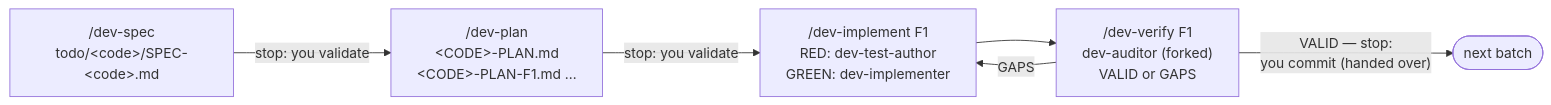
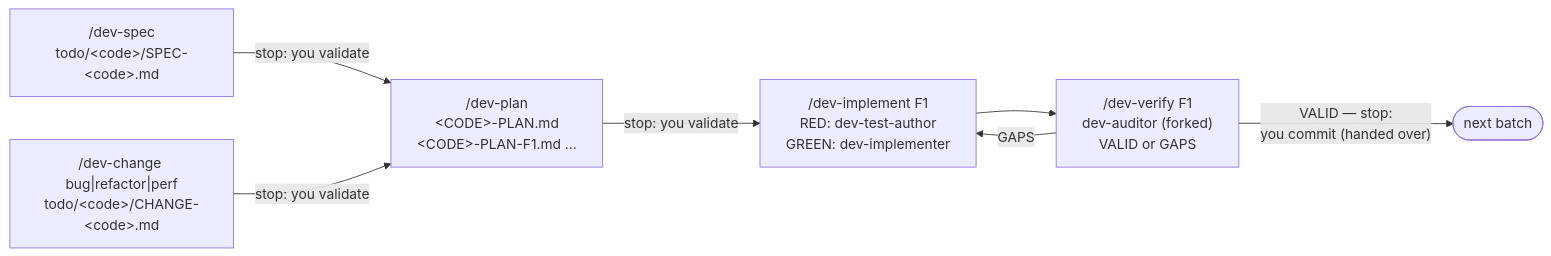
Before and after one commit to Orkeon/orkeon-workshop: the fifth of 6 diagrams in docs/profiles-design.md, drawn with Mermaid. The commit also changed other lines of this file and 70 other files, not shown here.

````diff
--- a/docs/profiles-design.md
+++ b/docs/profiles-design.md
@@ -337,8 +340,9 @@
 ```mermaid
 flowchart LR
     s["/dev-spec<br/>todo/&lt;code&gt;/SPEC-&lt;code&gt;.md"] -->|"stop: you validate"| p["/dev-plan<br/>&lt;CODE&gt;-PLAN.md<br/>&lt;CODE&gt;-PLAN-F1.md …"]
+    c["/dev-change bug|refactor|perf<br/>todo/&lt;code&gt;/CHANGE-&lt;code&gt;.md"] -->|"stop: you validate"| p
     p -->|"stop: you validate"| b["/dev-implement F1<br/>RED: dev-test-author<br/>GREEN: dev-implementer"]
     b --> v["/dev-verify F1<br/>dev-auditor (forked)<br/>VALID or GAPS"]
     v -->|GAPS| b
     v -->|"VALID — stop:<br/>you commit (handed over)"| n(["next batch"])
 ```
````
